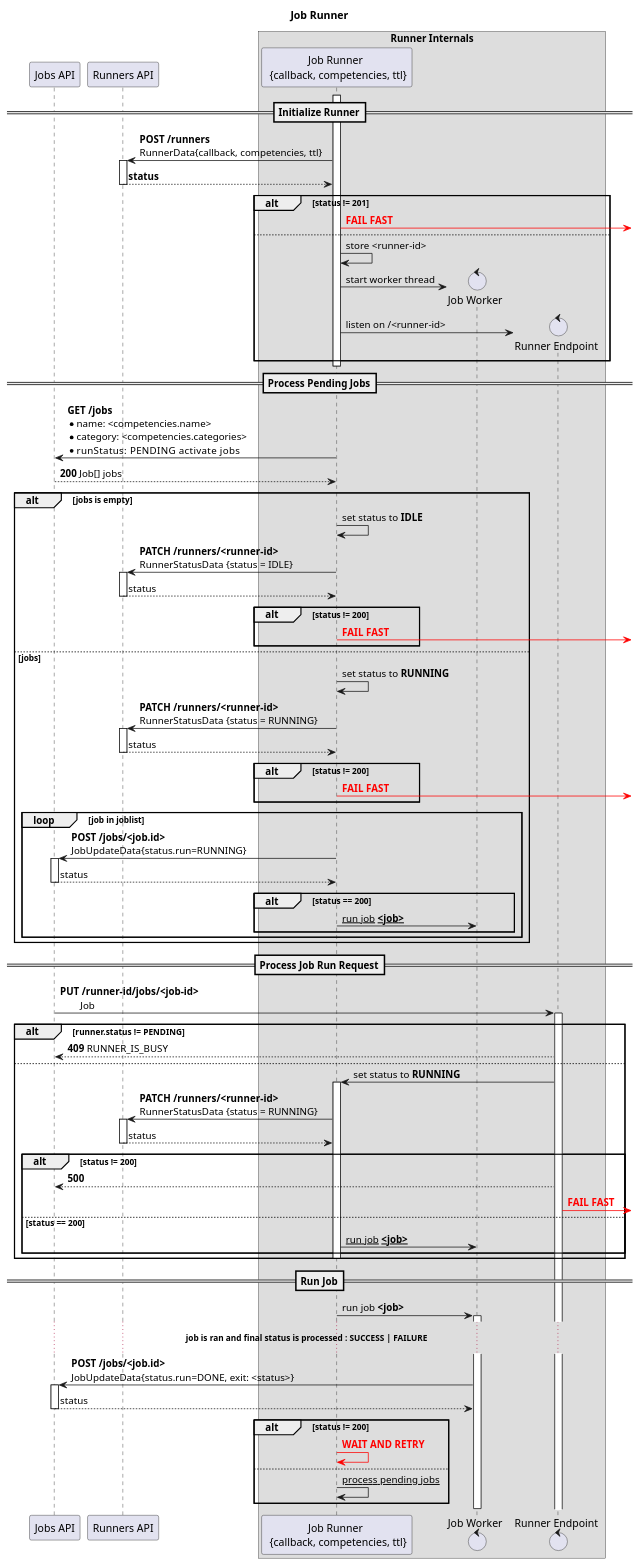
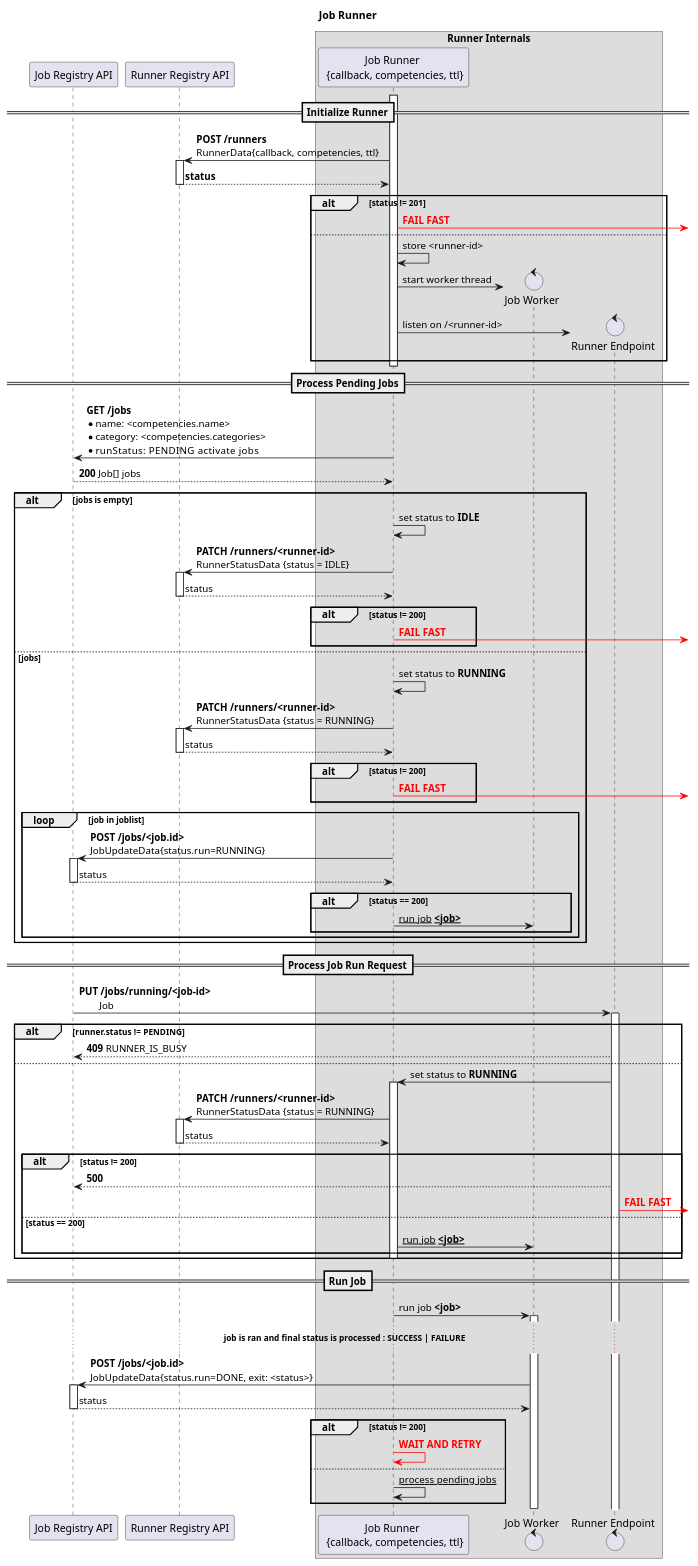
One commit to flexiooss/poom-services changed the second of 2 diagrams in poomjobs/poomjobs-api-spec/doc/poomjobs.puml. Above: the diagram before and after it, drawn with PlantUML. The commit also changed other lines of this file and 8 other files, not shown here.

Commit message:
[poomjobs-api-spec] added runner api [poomjobs-clients] rename module to poomjobs-client[s]

```diff
--- a/poomjobs/poomjobs-api-spec/doc/poomjobs.puml
+++ b/poomjobs/poomjobs-api-spec/doc/poomjobs.puml
@@ -56,116 +56,116 @@
 @startuml
 title Job Runner
 
-participant "Jobs API" as jobs
-participant "Runners API" as runners
+participant "Job Registry API" as jobs
+participant "Runner Registry API" as runners
 
 box "Runner Internals"
     participant "Job Runner \n {callback, competencies, ttl}" as runner
 
 
 ==Initialize Runner==
 activate runner
     runner -> runners: <b>POST /runners</b> \nRunnerData{callback, competencies, ttl}
     activate runners
         runner <-- runners: <b>status</b>
     deactivate runners
     alt status != 201
         runner -[#red]>]: <font color=red><b>FAIL FAST</b></font>
     else
         runner -> runner: store <runner-id>
         create control "Job Worker" as worker
         runner -> worker: start worker thread
 
         create control "Runner Endpoint" as endpoint
         runner -> endpoint: listen on /<runner-id>
     end
 deactivate runner
 
 ==Process Pending Jobs==
 activate runner
     runner -> jobs: <b>GET /jobs</b> \
                 \n* name: <competencies.name> \
                 \n* category: <competencies.categories> \
                 \n* runStatus: PENDING \
     activate jobs
         runner <-- jobs: <b>200</b> Job[] jobs
     deactivate jobs
 
     alt jobs is empty
         runner -> runner: set status to <b>IDLE</b>
         runner -> runners: <b>PATCH /runners/<runner-id></b> \
             \nRunnerStatusData {status = IDLE}
         activate runners
             runner <-- runners: status
         deactivate runners
         alt status != 200
             runner -[#red]>]: <font color=red><b>FAIL FAST</b></font>
         end
     else jobs
         runner -> runner: set status to <b>RUNNING</b>
         runner -> runners: <b>PATCH /runners/<runner-id></b> \
             \nRunnerStatusData {status = RUNNING}
         activate runners
             runner <-- runners: status
         deactivate runners
         alt status != 200
             runner -[#red]>]: <font color=red><b>FAIL FAST</b></font>
         end
         loop job in joblist
             runner -> jobs: <b>POST /jobs/<job.id></b> \nJobUpdateData{status.run=RUNNING}
             activate jobs
             runner <-- jobs: status
             deactivate jobs
             alt status == 200
                 runner -> worker: <u>run job <b><job></b></u>
             end
         end
 
     end
 deactivate runner
 
 
 ==Process Job Run Request==
 
-    jobs -> endpoint: <b>PUT /runner-id/jobs/<job-id></b> \n\
+    jobs -> endpoint: <b>PUT /jobs/running/<job-id></b> \n\
         Job
     activate endpoint
         alt runner.status != PENDING
             jobs <-- endpoint: <b>409</b> RUNNER_IS_BUSY
         else
             endpoint -> runner: set status to <b>RUNNING</b>
             activate runner
                 runner -> runners: <b>PATCH /runners/<runner-id></b> \
                     \nRunnerStatusData {status = RUNNING}
                 activate runners
                     runner <-- runners: status
                 deactivate runners
                 alt status != 200
                     jobs <-- endpoint: <b>500</b>
                     endpoint -[#red]>]: <font color=red><b>FAIL FAST</b></font>
                 else status == 200
                     runner -> worker: <u>run job <b><job></b></u>
                 end
             deactivate runner
         end
 
 
 ==Run Job==
 runner -> worker: run job <b><job></b>
 activate worker
     ...<b>job is ran and final status is processed : SUCCESS | FAILURE</b>...
     worker -> jobs: <b>POST /jobs/<job.id></b> \
         \nJobUpdateData{status.run=DONE, exit: <status>}
     activate jobs
         worker <-- jobs: status
     deactivate jobs
     alt status != 200
         runner -[#red]> runner: <font color=red><b>WAIT AND RETRY</b></font>
     else
         runner -> runner: <u>process pending jobs</u>
     end
 deactivate worker
 
 end box
 
 @enduml
```
